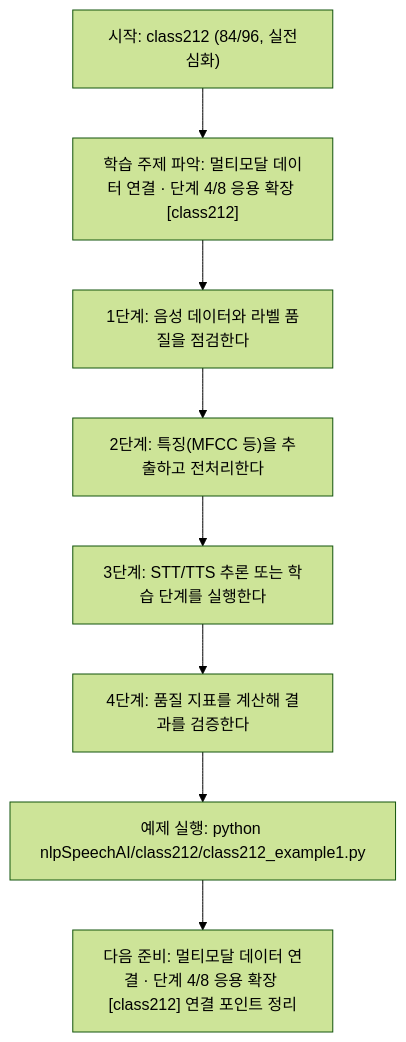
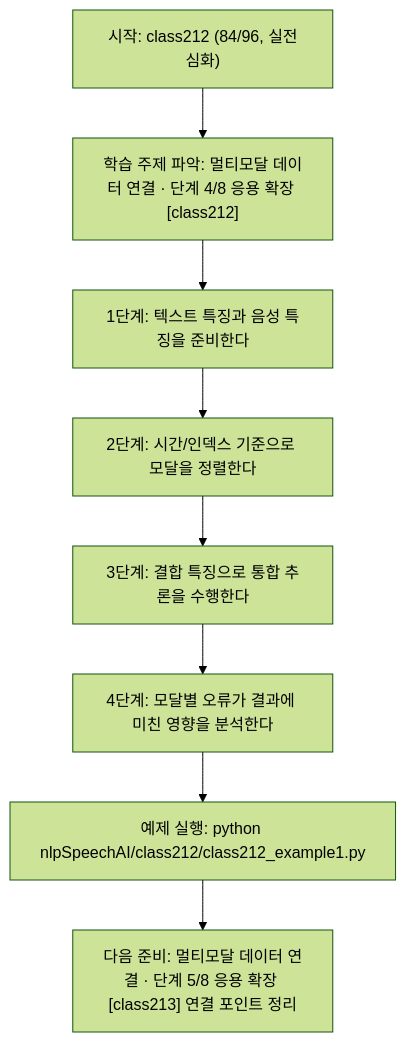
Before and after one commit to edumgt/Python-AI_Agent-Class: the diagram in nlpSpeechAI/class212/class212.md, drawn with Mermaid (forest theme). The commit also changed other lines of this file and 1122 other files, not shown here.

````diff
--- a/nlpSpeechAI/class212/class212.md
+++ b/nlpSpeechAI/class212/class212.md
@@ -114,18 +95,18 @@
 ```mermaid
 flowchart TD
 N1["시작: class212 (84/96, 실전심화)"]
 N2["학습 주제 파악: 멀티모달 데이터 연결 · 단계 4/8 응용 확장 [class212]"]
-N3["1단계: 음성 데이터와 라벨 품질을 점검한다"]
-N4["2단계: 특징(MFCC 등)을 추출하고 전처리한다"]
-N5["3단계: STT/TTS 추론 또는 학습 단계를 실행한다"]
-N6["4단계: 품질 지표를 계산해 결과를 검증한다"]
+N3["1단계: 텍스트 특징과 음성 특징을 준비한다"]
+N4["2단계: 시간/인덱스 기준으로 모달을 정렬한다"]
+N5["3단계: 결합 특징으로 통합 추론을 수행한다"]
+N6["4단계: 모달별 오류가 결과에 미친 영향을 분석한다"]
 N7["예제 실행: python nlpSpeechAI/class212/class212_example1.py"]
-N8["다음 준비: 멀티모달 데이터 연결 · 단계 4/8 응용 확장 [class212] 연결 포인트 정리"]
+N8["다음 준비: 멀티모달 데이터 연결 · 단계 5/8 응용 확장 [class213] 연결 포인트 정리"]
 N1 --> N2
 N2 --> N3
 N3 --> N4
 N4 --> N5
 N5 --> N6
 N6 --> N7
 N7 --> N8
 ```
````
